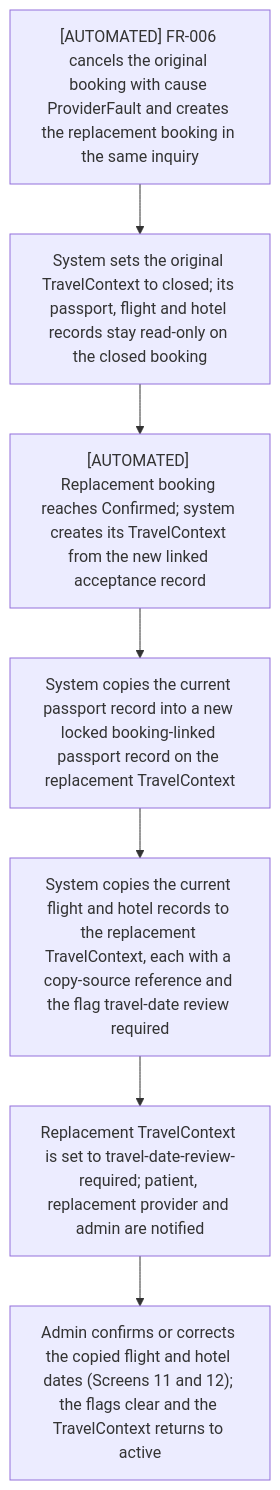
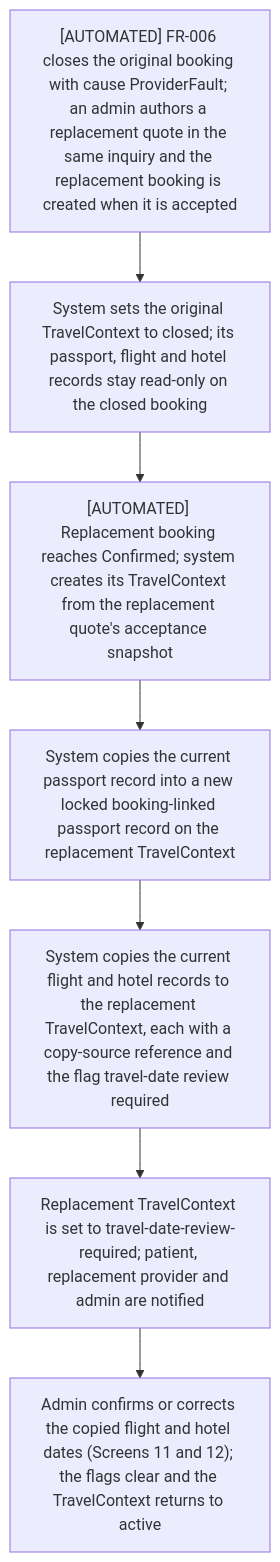
Before and after one commit to joachimtrungtuan/hairline-pm-docs: the sixth of 6 diagrams in project-requirements/functional-requirements/fr008-travel-booking-integration/prd.md, drawn with Mermaid. The commit also changed other lines of this file and 13 other files, not shown here.

First line of the commit message:
docs(booking): add admin intervention flows and screens across booking FRs

````diff
--- a/project-requirements/functional-requirements/fr008-travel-booking-integration/prd.md
+++ b/project-requirements/functional-requirements/fr008-travel-booking-integration/prd.md
@@ -255,17 +255,17 @@
 ```mermaid
 flowchart TD
-  B2S1["[AUTOMATED] FR-006 cancels the original booking with cause ProviderFault and creates the replacement booking in the same inquiry"]
+  B2S1["[AUTOMATED] FR-006 closes the original booking with cause ProviderFault; an admin authors a replacement quote in the same inquiry and the replacement booking is created when it is accepted"]
   B2S2["System sets the original TravelContext to closed; its passport, flight and hotel records stay read-only on the closed booking"]
-  B2S3["[AUTOMATED] Replacement booking reaches Confirmed; system creates its TravelContext from the new linked acceptance record"]
+  B2S3["[AUTOMATED] Replacement booking reaches Confirmed; system creates its TravelContext from the replacement quote's acceptance snapshot"]
   B2S4["System copies the current passport record into a new locked booking-linked passport record on the replacement TravelContext"]
   B2S5["System copies the current flight and hotel records to the replacement TravelContext, each with a copy-source reference and the flag travel-date review required"]
   B2S6["Replacement TravelContext is set to travel-date-review-required; patient, replacement provider and admin are notified"]
   B2S7["Admin confirms or corrects the copied flight and hotel dates (Screens 11 and 12); the flags clear and the TravelContext returns to active"]
 
   B2S1 --> B2S2
   B2S2 --> B2S3
   B2S3 --> B2S4
   B2S4 --> B2S5
   B2S5 --> B2S6
   B2S6 --> B2S7
 ```
````
